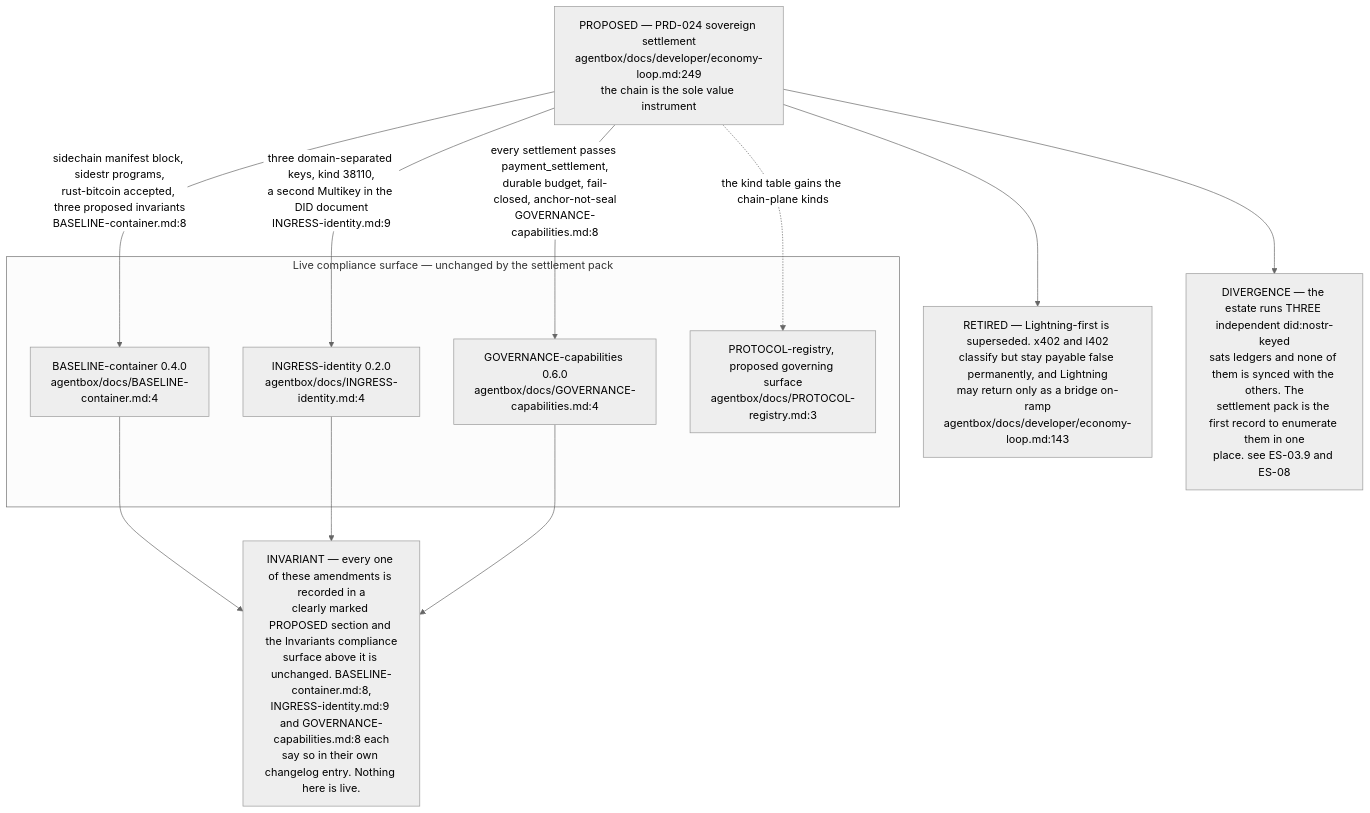
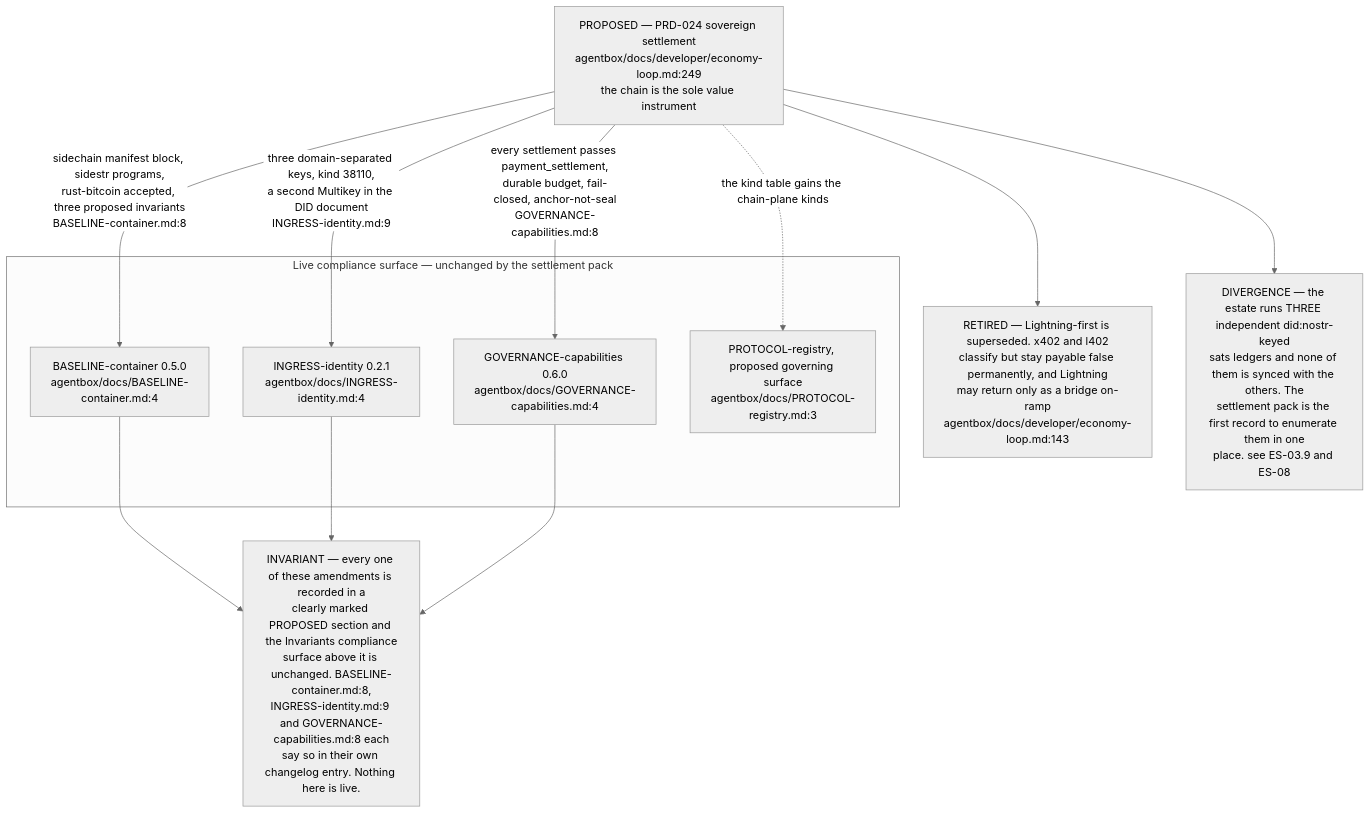
The eighth of 8 diagrams in docs/diagrams/estate/01-estate-topology.md (DreamLab-AI/VisionFlow), drawn with Mermaid (neutral theme) before and after one commit. The commit also changed other lines of this file and 136 other files, not shown here.

First line of the commit message:
docs(diagrams): refresh the whole corpus to code HEAD and prune low-value diagrams

````diff
--- a/docs/diagrams/estate/01-estate-topology.md
+++ b/docs/diagrams/estate/01-estate-topology.md
@@ -300,27 +302,27 @@
 ```mermaid
 flowchart TB
     subgraph LIVE["Live compliance surface — unchanged by the settlement pack"]
-        BC["BASELINE-container 0.4.0<br/>agentbox/docs/BASELINE-container.md:4"]
-        IG["INGRESS-identity 0.2.0<br/>agentbox/docs/INGRESS-identity.md:4"]
+        BC["BASELINE-container 0.5.0<br/>agentbox/docs/BASELINE-container.md:4"]
+        IG["INGRESS-identity 0.2.1<br/>agentbox/docs/INGRESS-identity.md:4"]
         GC["GOVERNANCE-capabilities 0.6.0<br/>agentbox/docs/GOVERNANCE-capabilities.md:4"]
         PR["PROTOCOL-registry, proposed governing surface<br/>agentbox/docs/PROTOCOL-registry.md:3"]
     end
 
     PRD["PROPOSED — PRD-024 sovereign settlement<br/>agentbox/docs/developer/economy-loop.md:249<br/>the chain is the sole value instrument"]
 
     PRD -->|"sidechain manifest block, sidestr programs,<br/>rust-bitcoin accepted, three proposed invariants<br/>BASELINE-container.md:8"| BC
     PRD -->|"three domain-separated keys, kind 38110,<br/>a second Multikey in the DID document<br/>INGRESS-identity.md:9"| IG
     PRD -->|"every settlement passes payment_settlement,<br/>durable budget, fail-closed, anchor-not-seal<br/>GOVERNANCE-capabilities.md:8"| GC
     PRD -.->|"the kind table gains the chain-plane kinds"| PR
 
     RET["RETIRED — Lightning-first is superseded. x402 and l402<br/>classify but stay payable false permanently, and Lightning<br/>may return only as a bridge on-ramp<br/>agentbox/docs/developer/economy-loop.md:143"]
     PRD --> RET
 
     INV["INVARIANT — every one of these amendments is recorded in a<br/>clearly marked PROPOSED section and the Invariants compliance<br/>surface above it is unchanged. BASELINE-container.md:8,<br/>INGRESS-identity.md:9 and GOVERNANCE-capabilities.md:8 each<br/>say so in their own changelog entry. Nothing here is live."]
     BC --> INV
     IG --> INV
     GC --> INV
 
     LEDG["DIVERGENCE — the estate runs THREE independent did:nostr-keyed<br/>sats ledgers and none of them is synced with the others. The<br/>settlement pack is the first record to enumerate them in one<br/>place. see ES-03.9 and ES-08"]
     PRD --> LEDG
 ```
````
